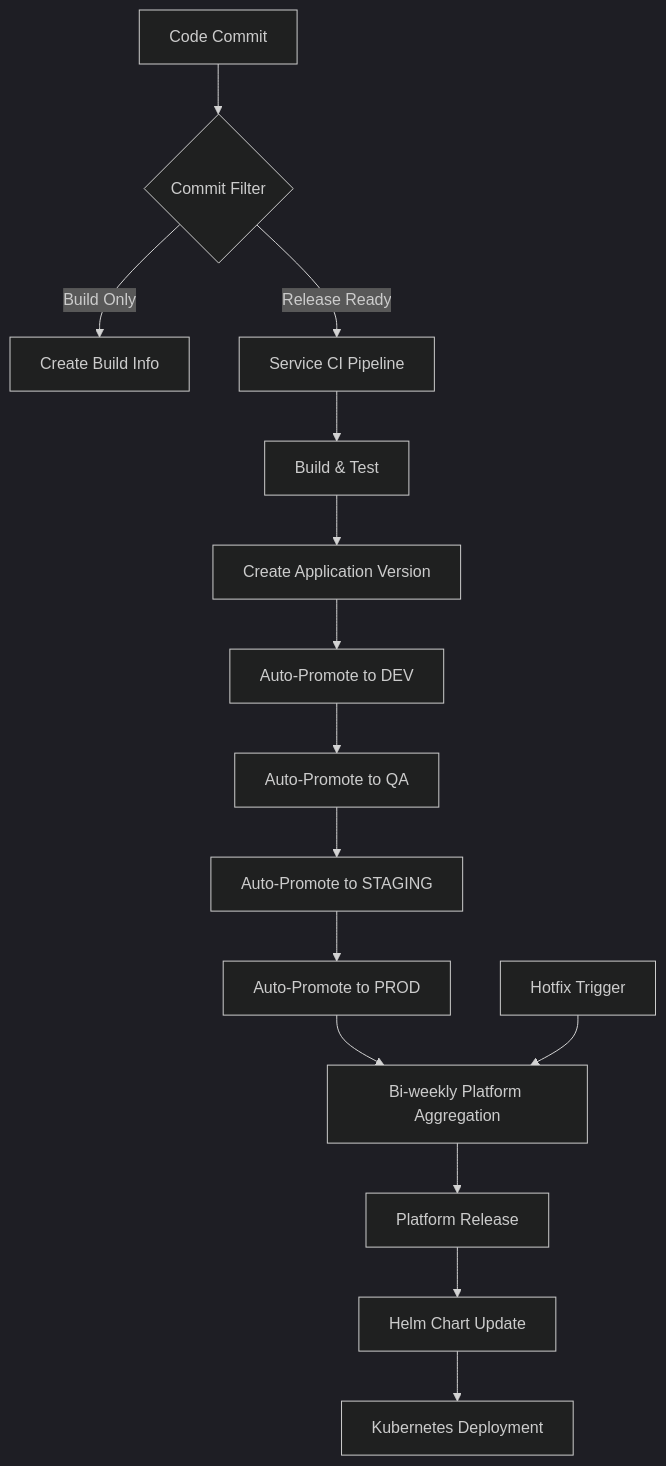
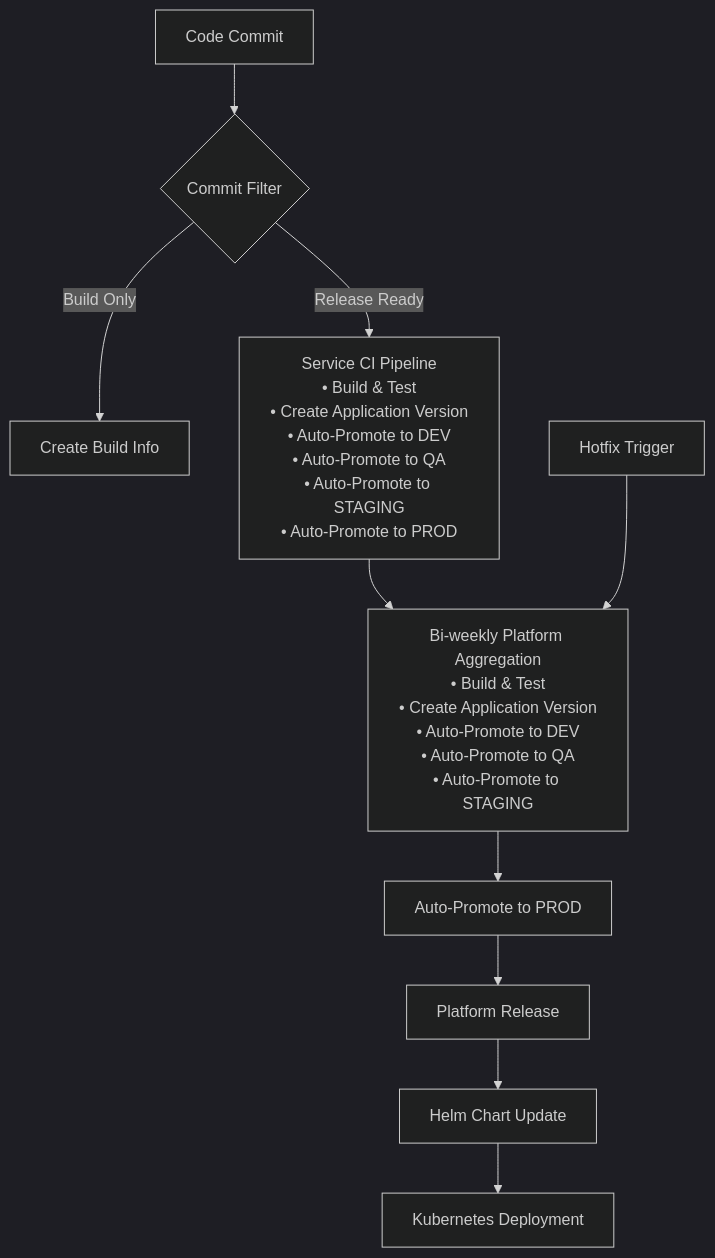
One commit to yonatanp-jfrog/bookverse-demo-init changed the diagram in docs/CICD_DEPLOYMENT_GUIDE.md. Above: the diagram before and after it, drawn with Mermaid (dark theme). The commit also changed other lines of this file, not shown here.

First line of the commit message:
docs: improve CI/CD deployment guide clarity and structure

````diff
--- a/docs/CICD_DEPLOYMENT_GUIDE.md
+++ b/docs/CICD_DEPLOYMENT_GUIDE.md
@@ -23,18 +59,13 @@
 ```mermaid
 graph TD
     A[Code Commit] --> B{Commit Filter}
     B -->|Build Only| C[Create Build Info]
-    B -->|Release Ready| D[Service CI Pipeline]
-    D --> E[Build & Test]
-    E --> F[Create Application Version]
-    F --> G[Auto-Promote to DEV]
-    G --> H[Auto-Promote to QA]
-    H --> I[Auto-Promote to STAGING]
-    I --> J[Auto-Promote to PROD]
-    J --> K[Bi-weekly Platform Aggregation]
-    K --> L[Platform Release]
-    L --> M[Helm Chart Update]
-    M --> N[Kubernetes Deployment]
+    B -->|Release Ready| D[Service CI Pipeline<br/>• Build & Test<br/>• Create Application Version<br/>• Auto-Promote to DEV<br/>• Auto-Promote to QA<br/>• Auto-Promote to STAGING<br/>• Auto-Promote to PROD]
+    D --> E[Bi-weekly Platform Aggregation<br/>• Build & Test<br/>• Create Application Version<br/>• Auto-Promote to DEV<br/>• Auto-Promote to QA<br/>• Auto-Promote to STAGING]
+    E --> F[Auto-Promote to PROD]
+    F --> G[Platform Release]
+    G --> H[Helm Chart Update]
+    H --> I[Kubernetes Deployment]
     
-    O[Hotfix Trigger] --> K
+    J[Hotfix Trigger] --> E
 ```
````
